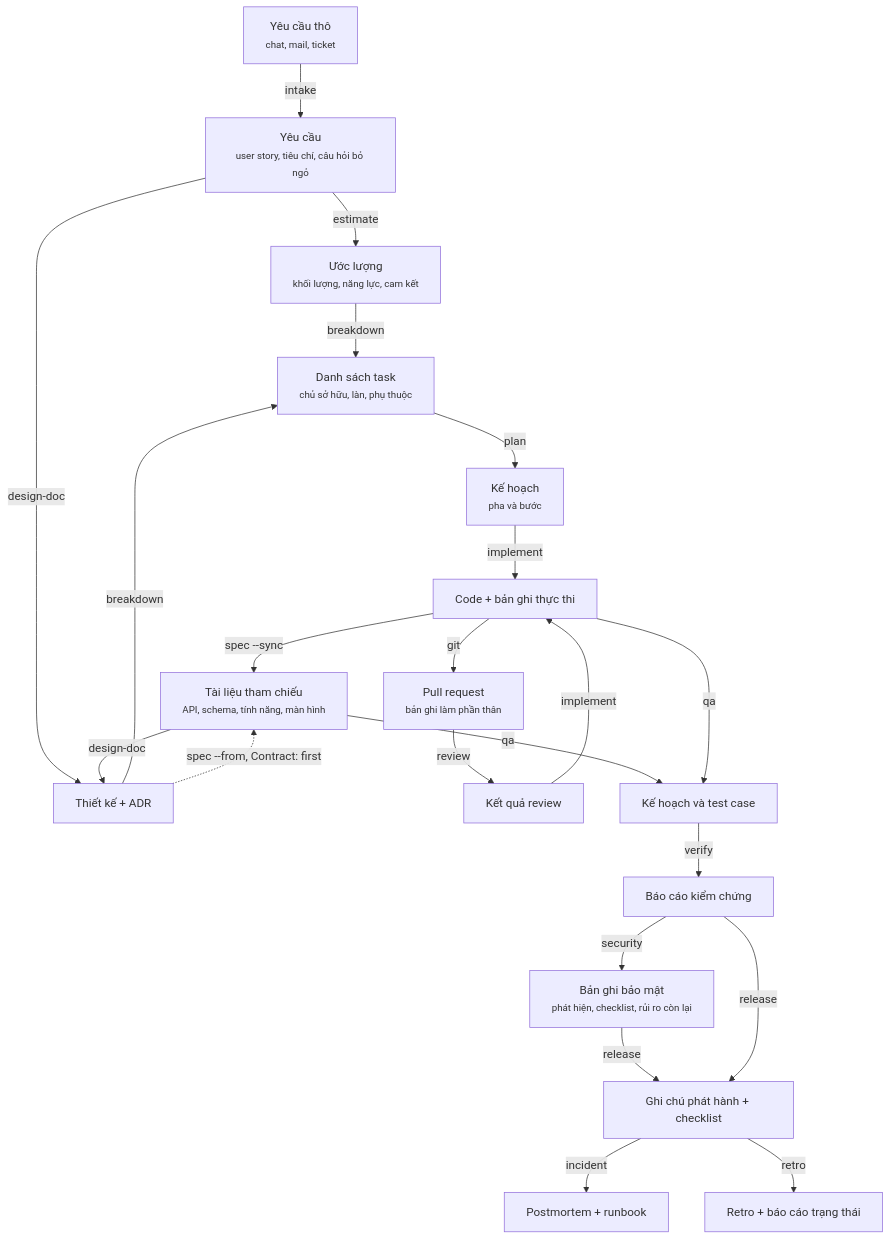
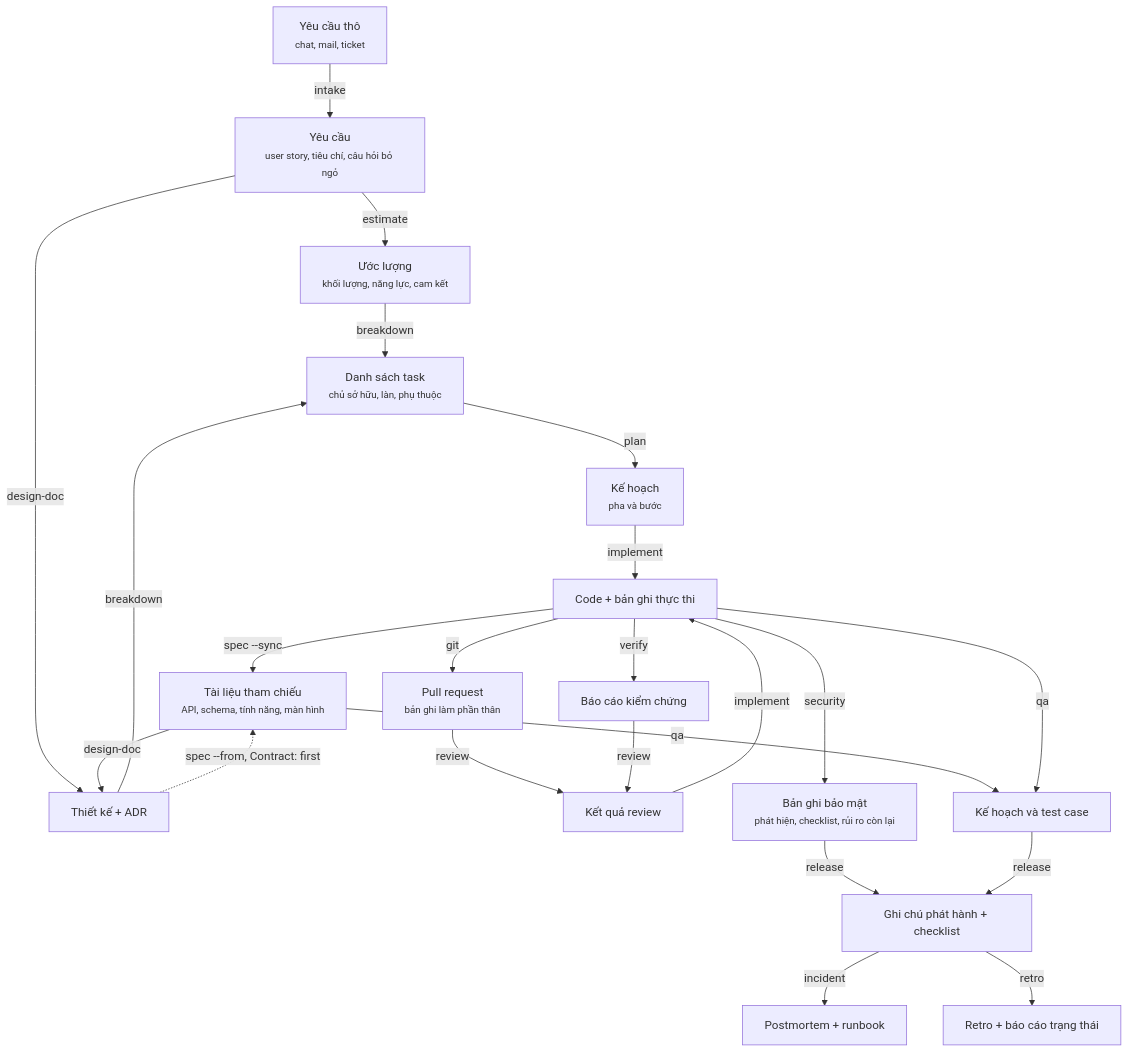
One commit to lamngockhuong/aiteamkit changed the diagram in docs/vi/flow/skill-chain.md. Above: the diagram before and after it, drawn with Mermaid. The commit also changed other lines of this file and 14 other files, not shown here.

````diff
--- a/docs/vi/flow/skill-chain.md
+++ b/docs/vi/flow/skill-chain.md
@@ -14,41 +14,42 @@
 ```mermaid
 flowchart TD
     A0["Yêu cầu thô<br/><small>chat, mail, ticket</small>"]
     A1["Yêu cầu<br/><small>user story, tiêu chí, câu hỏi bỏ ngỏ</small>"]
     A2["Ước lượng<br/><small>khối lượng, năng lực, cam kết</small>"]
     A3["Thiết kế + ADR"]
     A3b["Tài liệu tham chiếu<br/><small>API, schema, tính năng, màn hình</small>"]
     A4["Danh sách task<br/><small>chủ sở hữu, làn, phụ thuộc</small>"]
     A5["Kế hoạch<br/><small>pha và bước</small>"]
     A6["Code + bản ghi thực thi"]
     A6b["Pull request<br/><small>bản ghi làm phần thân</small>"]
     A7["Kết quả review"]
     A8["Kế hoạch và test case"]
     A9["Báo cáo kiểm chứng"]
     A9b["Bản ghi bảo mật<br/><small>phát hiện, checklist, rủi ro còn lại</small>"]
     A10["Ghi chú phát hành + checklist"]
     A11["Postmortem + runbook"]
     A12["Retro + báo cáo trạng thái"]
 
     A0 -->|intake| A1
     A1 -->|estimate| A2
     A1 -->|design-doc| A3
     A2 -->|breakdown| A4
     A3 -->|breakdown| A4
     A3b -->|design-doc| A3
     A4 -->|plan| A5
     A5 -->|implement| A6
     A6 -->|git| A6b
     A6b -->|review| A7
     A7 -->|implement| A6
     A6 -->|spec --sync| A3b
     A3 -.->|spec --from, Contract: first| A3b
     A3b -->|qa| A8
     A6 -->|qa| A8
-    A8 -->|verify| A9
-    A9 -->|security| A9b
+    A6 -->|verify| A9
+    A9 -->|review| A7
+    A6 -->|security| A9b
     A9b -->|release| A10
-    A9 -->|release| A10
+    A8 -->|release| A10
     A10 -->|incident| A11
     A10 -->|retro| A12
 ```
````
